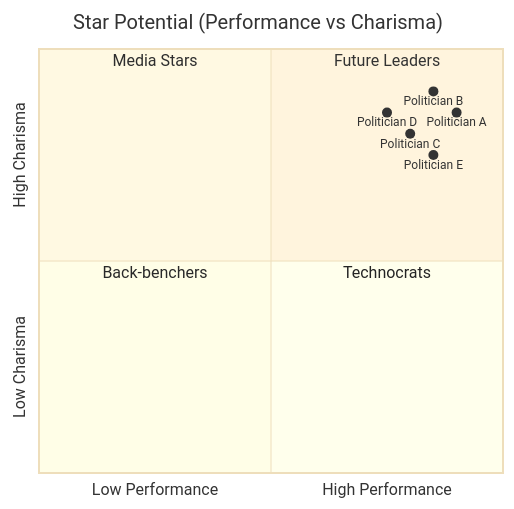
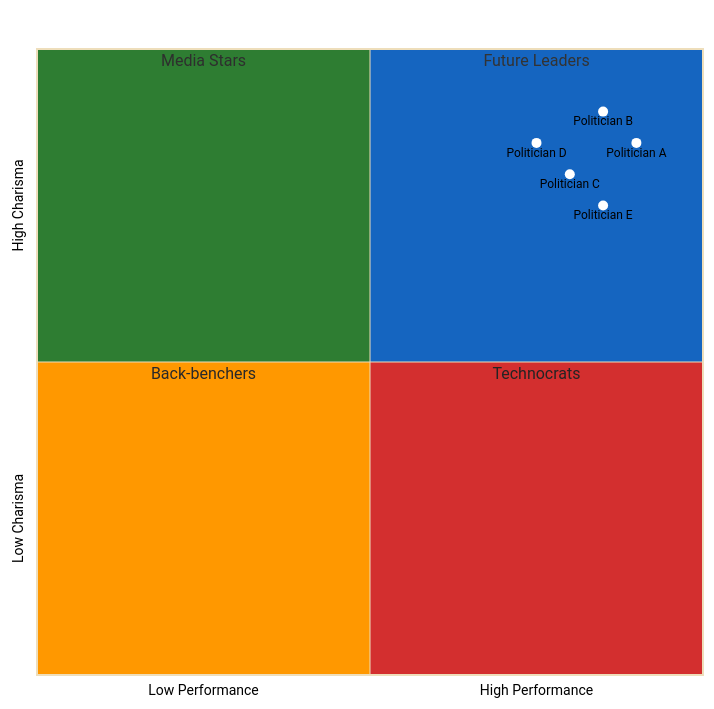
The sixth of 15 diagrams in json-export-specs/visualizations/top10-rising-stars.md (Hack23/cia), drawn with Mermaid before and after one commit. The commit also changed other lines of this file and 30 other files, not shown here.

First line of the commit message:
fix: fix mermaid init blocks (single->double quotes), xychart quoting, and SWOT quadrant colors

````diff
--- a/json-export-specs/visualizations/top10-rising-stars.md
+++ b/json-export-specs/visualizations/top10-rising-stars.md
@@ -98,17 +98,40 @@
 ```mermaid
-%%{init: {'theme':'base'}}%%
+%%{init: {
+  "theme": "base",
+  "themeVariables": {
+    "quadrant1Fill": "#1565C0",
+    "quadrant2Fill": "#2E7D32",
+    "quadrant3Fill": "#FF9800",
+    "quadrant4Fill": "#D32F2F",
+    "quadrantTitleFill": "#ffffff",
+    "quadrantPointFill": "#ffffff",
+    "quadrantPointTextFill": "#000000",
+    "quadrantXAxisTextFill": "#000000",
+    "quadrantYAxisTextFill": "#000000"
+  },
+  "quadrantChart": {
+    "chartWidth": 700,
+    "chartHeight": 700,
+    "pointLabelFontSize": 12,
+    "titleFontSize": 20,
+    "quadrantLabelFontSize": 16,
+    "xAxisLabelFontSize": 14,
+    "yAxisLabelFontSize": 14
+  }
+}}%%
 quadrantChart
     title Star Potential (Performance vs Charisma)
     x-axis Low Performance --> High Performance
     y-axis Low Charisma --> High Charisma
     quadrant-1 Future Leaders
     quadrant-2 Media Stars
     quadrant-3 Back-benchers
     quadrant-4 Technocrats
     
-    Politician A: [0.9, 0.85]
-    Politician B: [0.85, 0.9]
-    Politician C: [0.8, 0.8]
-    Politician D: [0.75, 0.85]
-    Politician E: [0.85, 0.75]
+    "Politician A": [0.9, 0.85]
+    "Politician B": [0.85, 0.9]
+    "Politician C": [0.8, 0.8]
+    "Politician D": [0.75, 0.85]
+    "Politician E": [0.85, 0.75]
+
 ```
````
